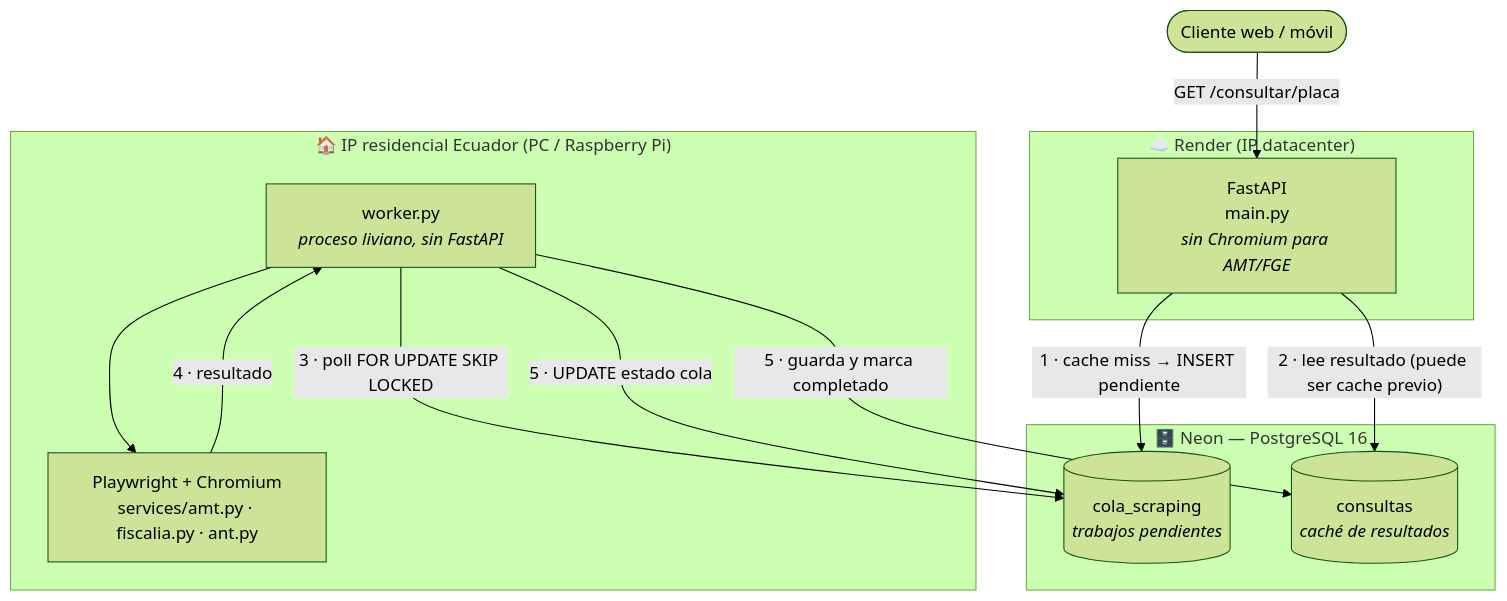
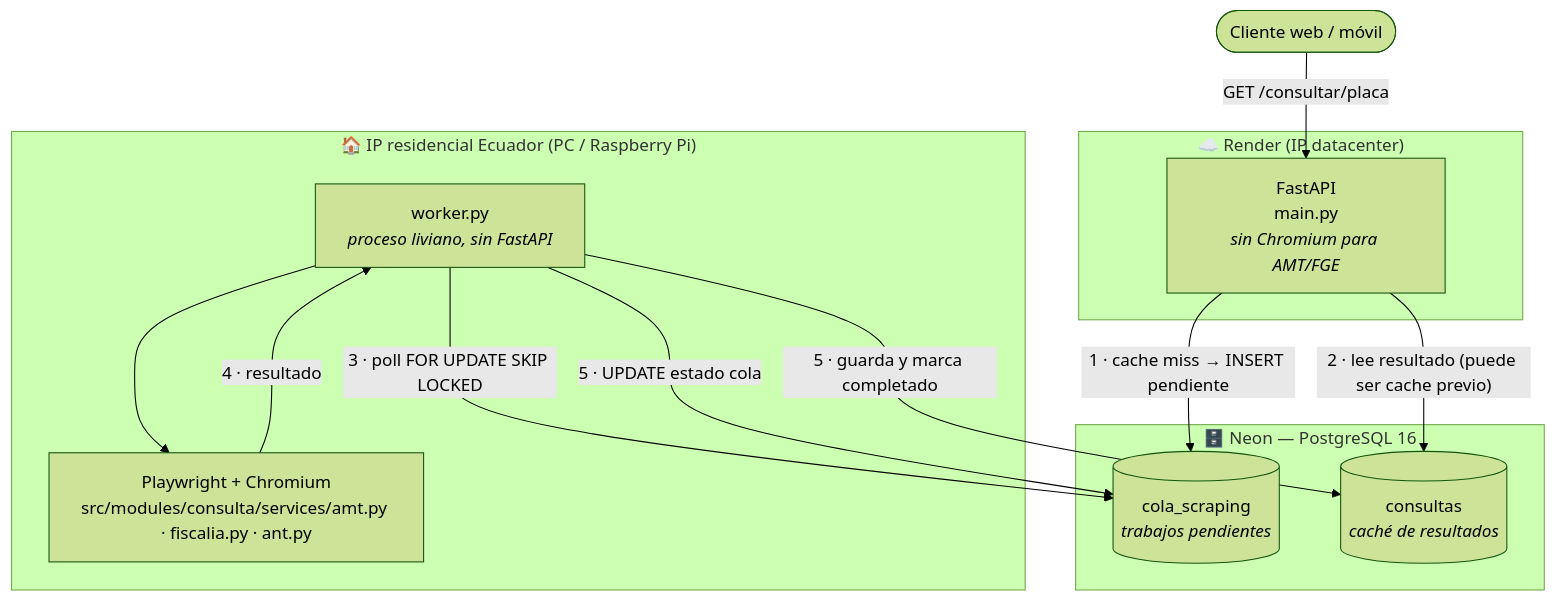
One commit to VMarcosGC/consulta-placas-ec changed the first of 2 diagrams in docs/arquitectura_hibrida.md. Above: the diagram before and after it, drawn with Mermaid (forest theme). The commit also changed other lines of this file and 99 other files, not shown here.

First line of the commit message:
refactor: monolito modular (DDD) en src/modules + AGENTS.md

````diff
--- a/docs/arquitectura_hibrida.md
+++ b/docs/arquitectura_hibrida.md
@@ -40,25 +40,25 @@
 ```mermaid
 graph TB
     subgraph cloud["☁️ Render (IP datacenter)"]
         API["FastAPI<br/>main.py<br/><i>sin Chromium para AMT/FGE</i>"]
     end
 
     subgraph neon["🗄️ Neon — PostgreSQL 16"]
         COLA[("cola_scraping<br/><i>trabajos pendientes</i>")]
         CACHE[("consultas<br/><i>caché de resultados</i>")]
     end
 
     subgraph casa["🏠 IP residencial Ecuador (PC / Raspberry Pi)"]
         WORKER["worker.py<br/><i>proceso liviano, sin FastAPI</i>"]
-        PW["Playwright + Chromium<br/>services/amt.py · fiscalia.py · ant.py"]
+        PW["Playwright + Chromium<br/>src/modules/consulta/services/amt.py · fiscalia.py · ant.py"]
     end
 
     Cliente(["Cliente web / móvil"]) -->|GET /consultar/placa| API
     API -->|"1 · cache miss → INSERT pendiente"| COLA
     API -->|"2 · lee resultado (puede ser cache previo)"| CACHE
     WORKER -->|"3 · poll FOR UPDATE SKIP LOCKED"| COLA
     WORKER --> PW
     PW -->|"4 · resultado"| WORKER
     WORKER -->|"5 · guarda y marca completado"| CACHE
     WORKER -->|"5 · UPDATE estado cola"| COLA
 ```
````
